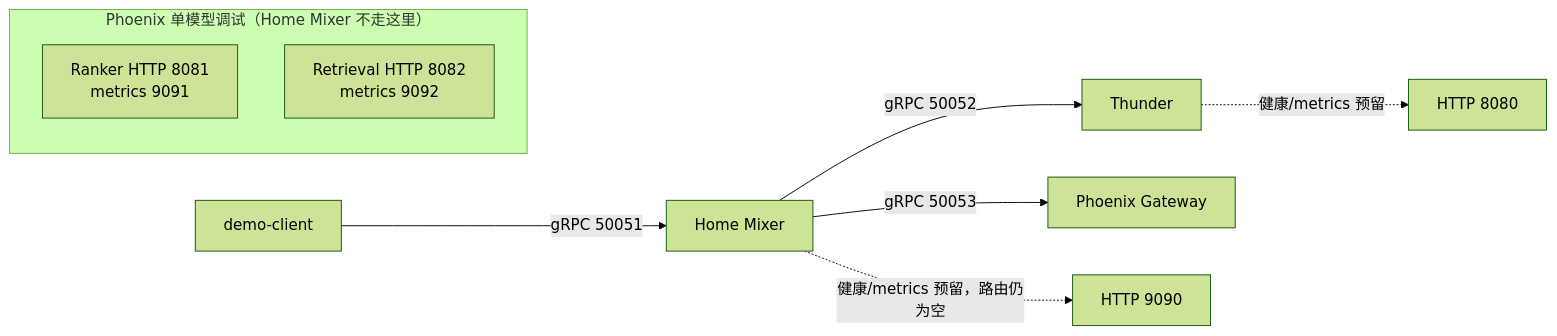
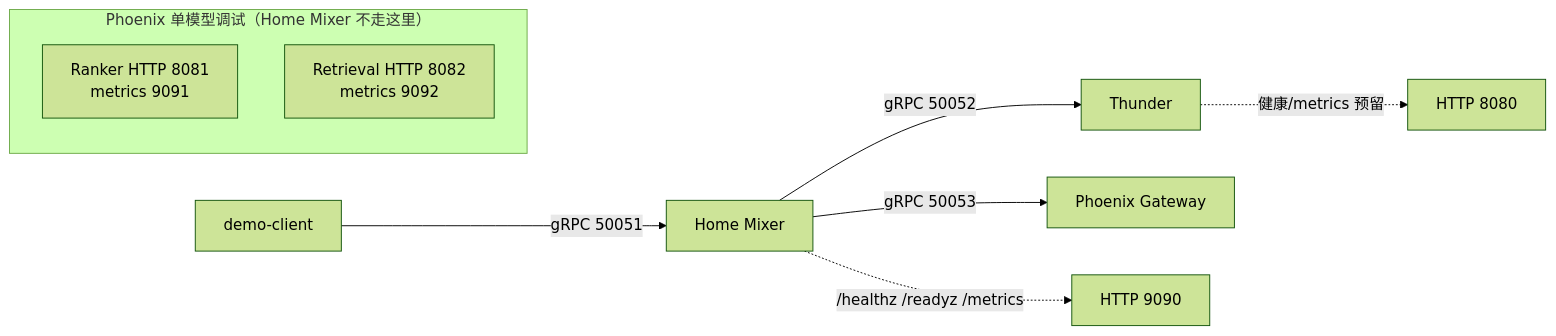
Before and after one commit to freefcw/x-algorithm: the third of 3 diagrams in docs/bootstrap/01-环境和基础设施准备.md, drawn with Mermaid (forest theme). The commit also changed other lines of this file and 7 other files, not shown here.

````diff
--- a/docs/bootstrap/01-环境和基础设施准备.md
+++ b/docs/bootstrap/01-环境和基础设施准备.md
@@ -145,14 +145,14 @@
 ```mermaid
 flowchart LR
     CLIENT[demo-client] -->|gRPC 50051| HM[Home Mixer]
     HM -->|gRPC 50052| T[Thunder]
     HM -->|gRPC 50053| PG[Phoenix Gateway]
-    HM -.->|健康/metrics 预留，路由仍为空| HMH[HTTP 9090]
+    HM -.->|/healthz /readyz /metrics| HMH[HTTP 9090]
     T -.->|健康/metrics 预留| TH[HTTP 8080]
     subgraph Phoenix 单模型调试["Phoenix 单模型调试（Home Mixer 不走这里）"]
         RANK[Ranker HTTP 8081
 metrics 9091]
         RET[Retrieval HTTP 8082
 metrics 9092]
     end
 ```
````
